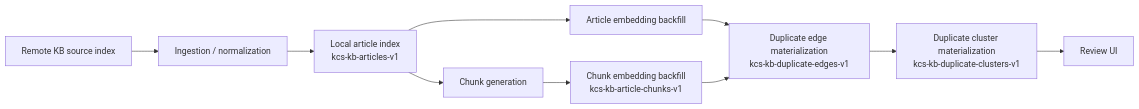
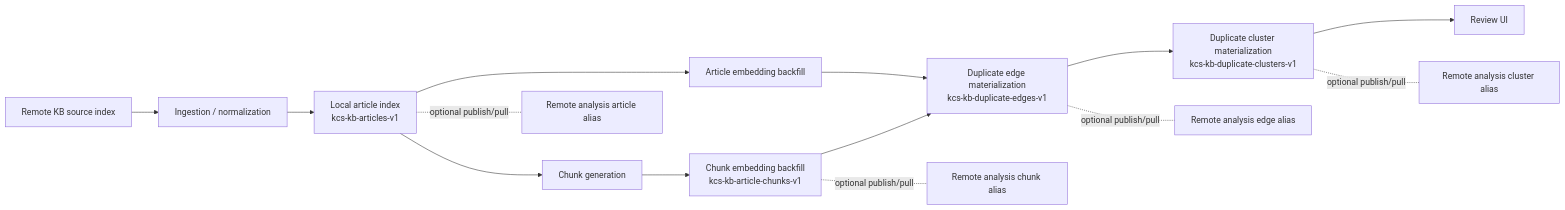
One commit to esterkane/kcs-control-plane changed the diagram in docs/architecture.md. Above: the diagram before and after it, drawn with Mermaid. The commit also changed other lines of this file and 17 other files, not shown here.

Commit message:
Add remote analysis sync and technical reference docs

````diff
--- a/docs/architecture.md
+++ b/docs/architecture.md
@@ -14,16 +14,20 @@
 ```mermaid
 flowchart LR
   A["Remote KB source index"] --> B["Ingestion / normalization"]
   B --> C["Local article index
 kcs-kb-articles-v1"]
   C --> D["Article embedding backfill"]
   C --> E["Chunk generation"]
   E --> F["Chunk embedding backfill
 kcs-kb-article-chunks-v1"]
   D --> G["Duplicate edge materialization
 kcs-kb-duplicate-edges-v1"]
   F --> G
   G --> H["Duplicate cluster materialization
 kcs-kb-duplicate-clusters-v1"]
   H --> I["Review UI"]
+  C -. "optional publish/pull" .- J["Remote analysis article alias"]
+  F -. "optional publish/pull" .- K["Remote analysis chunk alias"]
+  G -. "optional publish/pull" .- L["Remote analysis edge alias"]
+  H -. "optional publish/pull" .- M["Remote analysis cluster alias"]
 ```
````
